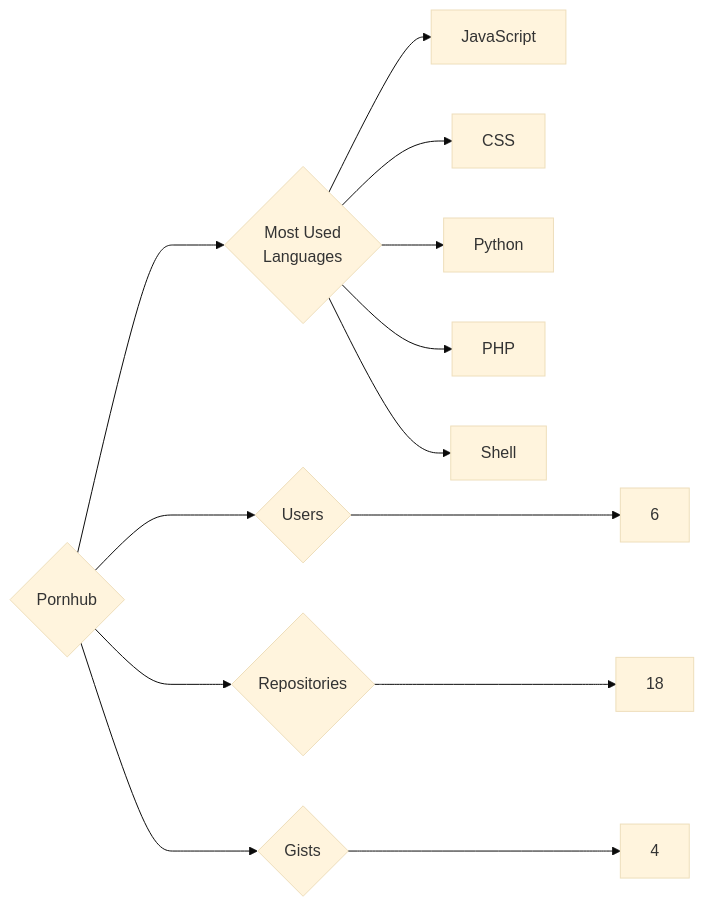
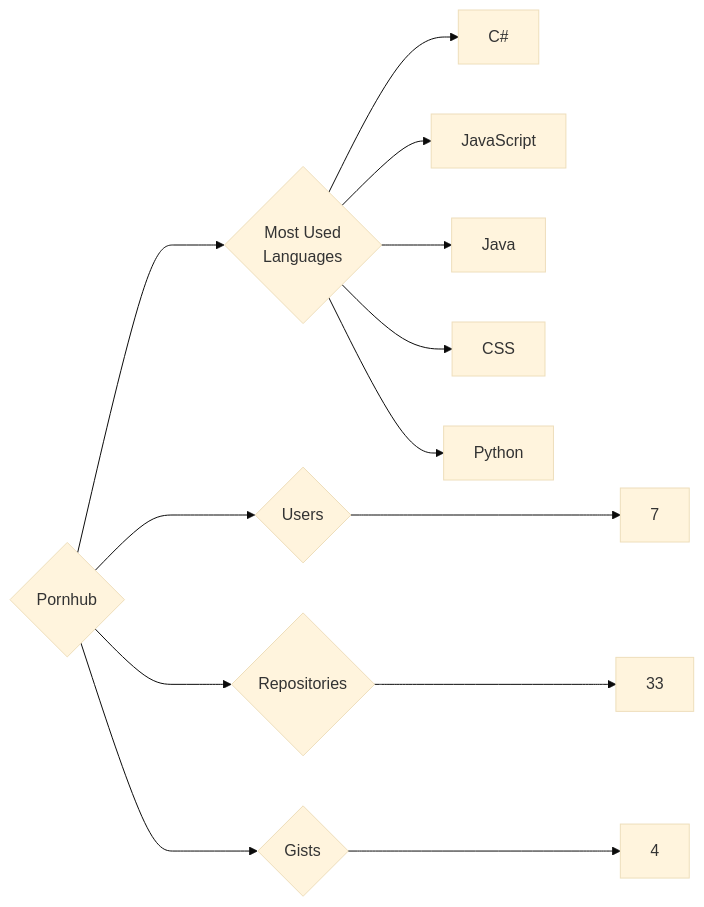
The diagram in targets/Pornhub/README.md (trickest/insiders), drawn with Mermaid (base theme) before and after one commit. The commit also changed 1496 other files, not shown here.

````diff
--- a/targets/Pornhub/README.md
+++ b/targets/Pornhub/README.md
@@ -3,13 +3,13 @@
 ```mermaid
 graph LR
 COMPANY_NAME{Pornhub}
-COMPANY_NAME ---> U{Users} ---> UN[6]
-COMPANY_NAME ---> R{Repositories} ---> RN[18]
+COMPANY_NAME ---> U{Users} ---> UN[7]
+COMPANY_NAME ---> R{Repositories} ---> RN[33]
 COMPANY_NAME ---> G{Gists} ---> GN[4]
 COMPANY_NAME ---> ML{Most Used<br>Languages}
+ML --> C#[C#]
 ML --> JavaScript[JavaScript]
+ML --> Java[Java]
 ML --> CSS[CSS]
 ML --> Python[Python]
-ML --> PHP[PHP]
-ML --> Shell[Shell]
 ```
````
